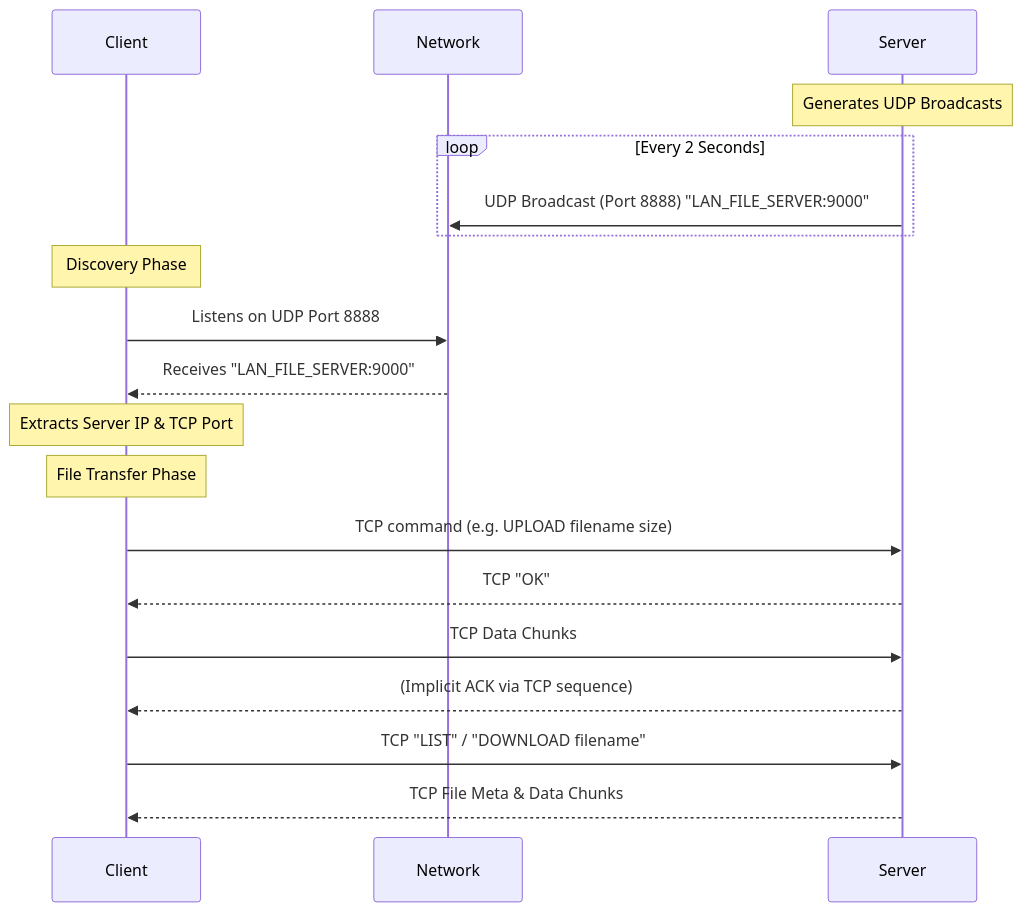
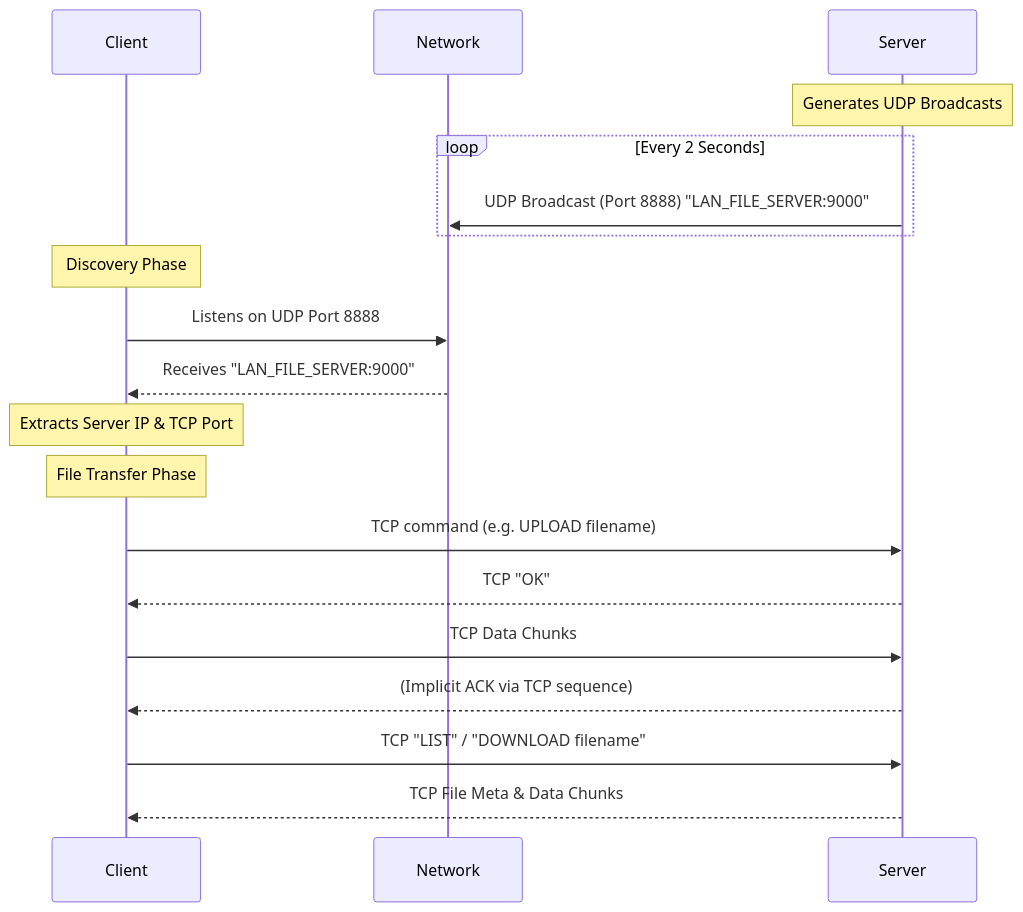
Before and after one commit to hardipatel2510/LinkLift: the diagram in lan-file-transfer/README.md, drawn with Mermaid. The commit also changed other lines of this file, not shown here.

Commit message:
Update README to focus on project architecture and achievements

````diff
--- a/lan-file-transfer/README.md
+++ b/lan-file-transfer/README.md
@@ -22,24 +23,24 @@
 ```mermaid
 sequenceDiagram
     participant Client
     participant Network
     participant Server
 
     Note over Server: Generates UDP Broadcasts
     loop Every 2 Seconds
         Server->>Network: UDP Broadcast (Port 8888) "LAN_FILE_SERVER:9000"
     end
 
     Note over Client: Discovery Phase
     Client->>Network: Listens on UDP Port 8888
     Network-->>Client: Receives "LAN_FILE_SERVER:9000"
     Note over Client: Extracts Server IP & TCP Port
 
     Note over Client: File Transfer Phase
-    Client->>Server: TCP command (e.g. UPLOAD filename size)
+    Client->>Server: TCP command (e.g. UPLOAD filename)
     Server-->>Client: TCP "OK"
     Client->>Server: TCP Data Chunks
     Server-->>Client: (Implicit ACK via TCP sequence)
     Client->>Server: TCP "LIST" / "DOWNLOAD filename"
     Server-->>Client: TCP File Meta & Data Chunks
 ```
````
